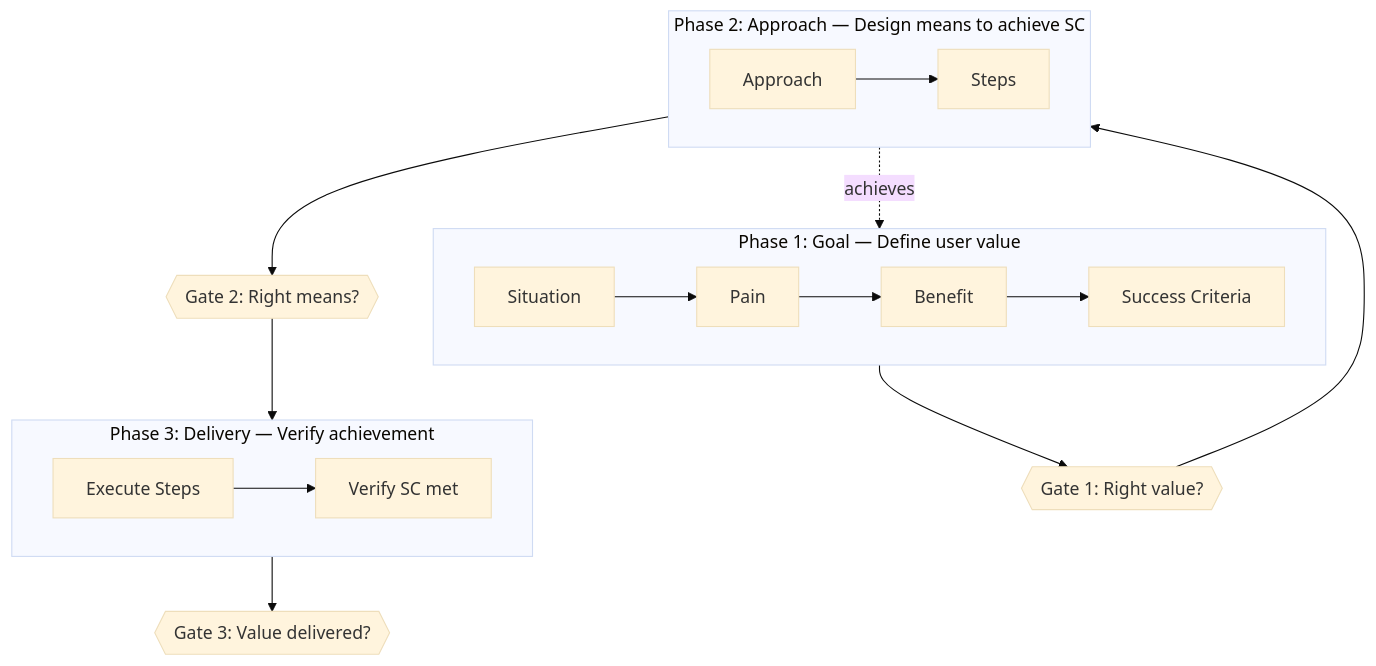
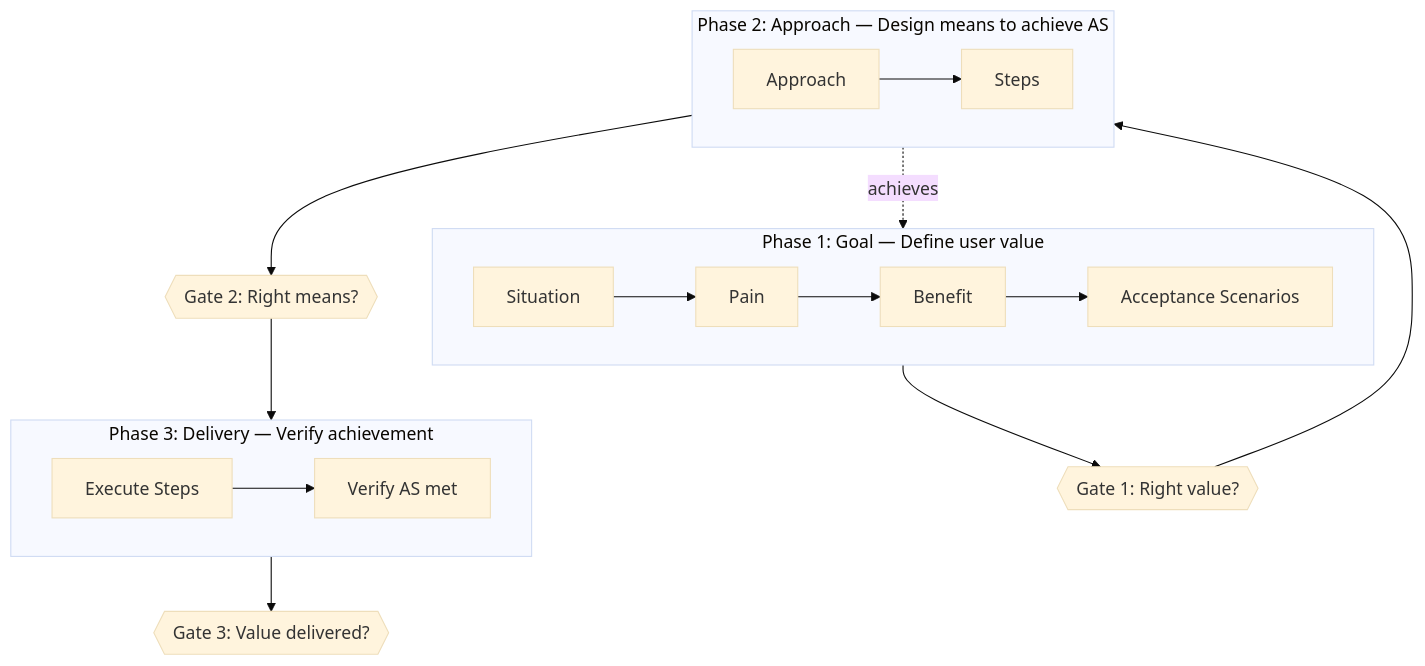
Before and after one commit to lovaizu/aiya-dev: the first of 2 diagrams in README.md, drawn with Mermaid (base theme). The commit also changed other lines of this file and 16 other files, not shown here.

Commit message:
Replace Success Criteria with Acceptance Scenarios in Given-When-Then format (#53)

````diff
--- a/README.md
+++ b/README.md
@@ -13,23 +13,23 @@
 ```mermaid
 flowchart TD
     subgraph p1["Phase 1: Goal — Define user value"]
         direction LR
         S[Situation] --> P[Pain]
         P --> B[Benefit]
-        B --> SC[Success Criteria]
+        B --> AS[Acceptance Scenarios]
     end
     p1 --> G1{{"Gate 1: Right value?"}}
     G1 --> p2
-    subgraph p2["Phase 2: Approach — Design means to achieve SC"]
+    subgraph p2["Phase 2: Approach — Design means to achieve AS"]
         direction LR
         A[Approach] --> T[Steps]
     end
-    T -.->|achieves| SC
+    T -.->|achieves| AS
     p2 --> G2{{"Gate 2: Right means?"}}
     G2 --> p3
     subgraph p3["Phase 3: Delivery — Verify achievement"]
         direction LR
-        EX[Execute Steps] --> V[Verify SC met]
+        EX[Execute Steps] --> V[Verify AS met]
     end
     p3 --> G3{{"Gate 3: Value delivered?"}}
 ```
````
